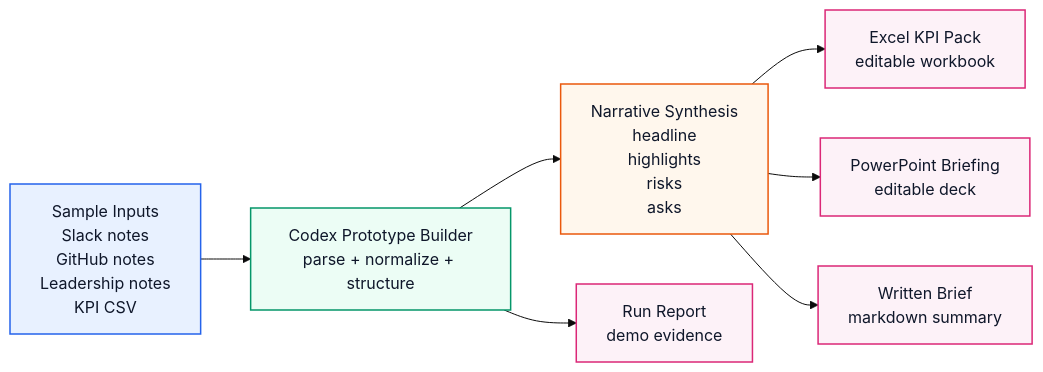
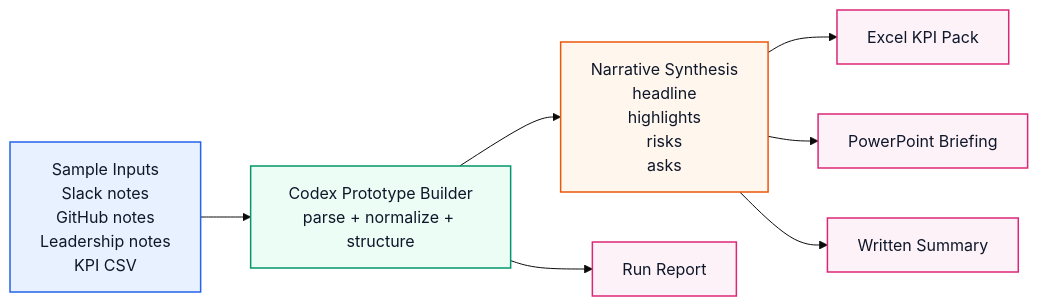
The first of 3 diagrams in docs/architecture.md (Laksh-star/codex-workflow-agents), drawn with Mermaid (base theme) before and after one commit. The commit also changed other lines of this file and 2 other files, not shown here.

Commit message:
Refresh repo docs for hybrid demo story

````diff
--- a/docs/architecture.md
+++ b/docs/architecture.md
@@ -12,22 +15,22 @@
 ```mermaid
 flowchart LR
     classDef source fill:#E8F1FF,stroke:#2563EB,stroke-width:1.5px,color:#0F172A
     classDef engine fill:#ECFDF5,stroke:#059669,stroke-width:1.5px,color:#0F172A
     classDef synth fill:#FFF7ED,stroke:#EA580C,stroke-width:1.5px,color:#0F172A
     classDef output fill:#FDF2F8,stroke:#DB2777,stroke-width:1.5px,color:#0F172A
 
     A["Sample Inputs<br/>Slack notes<br/>GitHub notes<br/>Leadership notes<br/>KPI CSV"]:::source
     B["Codex Prototype Builder<br/>parse + normalize + structure"]:::engine
     C["Narrative Synthesis<br/>headline<br/>highlights<br/>risks<br/>asks"]:::synth
-    D["Excel KPI Pack<br/>editable workbook"]:::output
-    E["PowerPoint Briefing<br/>editable deck"]:::output
-    F["Written Brief<br/>markdown summary"]:::output
-    G["Run Report<br/>demo evidence"]:::output
+    D["Excel KPI Pack"]:::output
+    E["PowerPoint Briefing"]:::output
+    F["Written Summary"]:::output
+    G["Run Report"]:::output
 
     A --> B
     B --> C
     C --> D
     C --> E
     C --> F
     B --> G
 ```
````
